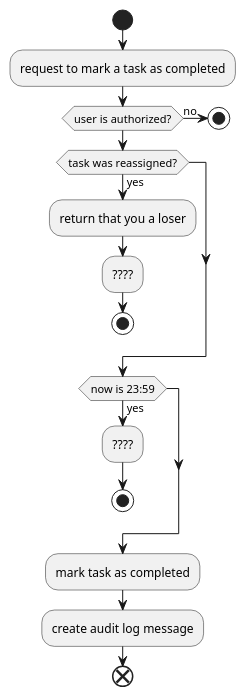
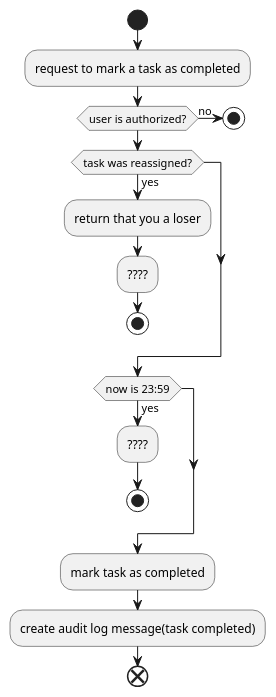
The diagram in diagrams/mark_task_as_completed.plantuml (ximyro/async_architecture_course), drawn with PlantUML before and after one commit. The commit also changed 14 other files, not shown here.

```diff
--- a/diagrams/mark_task_as_completed.plantuml
+++ b/diagrams/mark_task_as_completed.plantuml
@@ -1,20 +1,20 @@
 @startuml Completed task
     start
     :request to mark a task as completed;
     if (user is authorized?) then(no)
         stop
     endif
     if (task was reassigned?) then(yes)
         :return that you a loser;
         :????;
         stop
     endif
 
     if (now is 23:59) then(yes)
         :????;
         stop
     endif
     :mark task as completed;
-    :create audit log message;
+    :create audit log message(task completed);
     end
 @enduml
```
